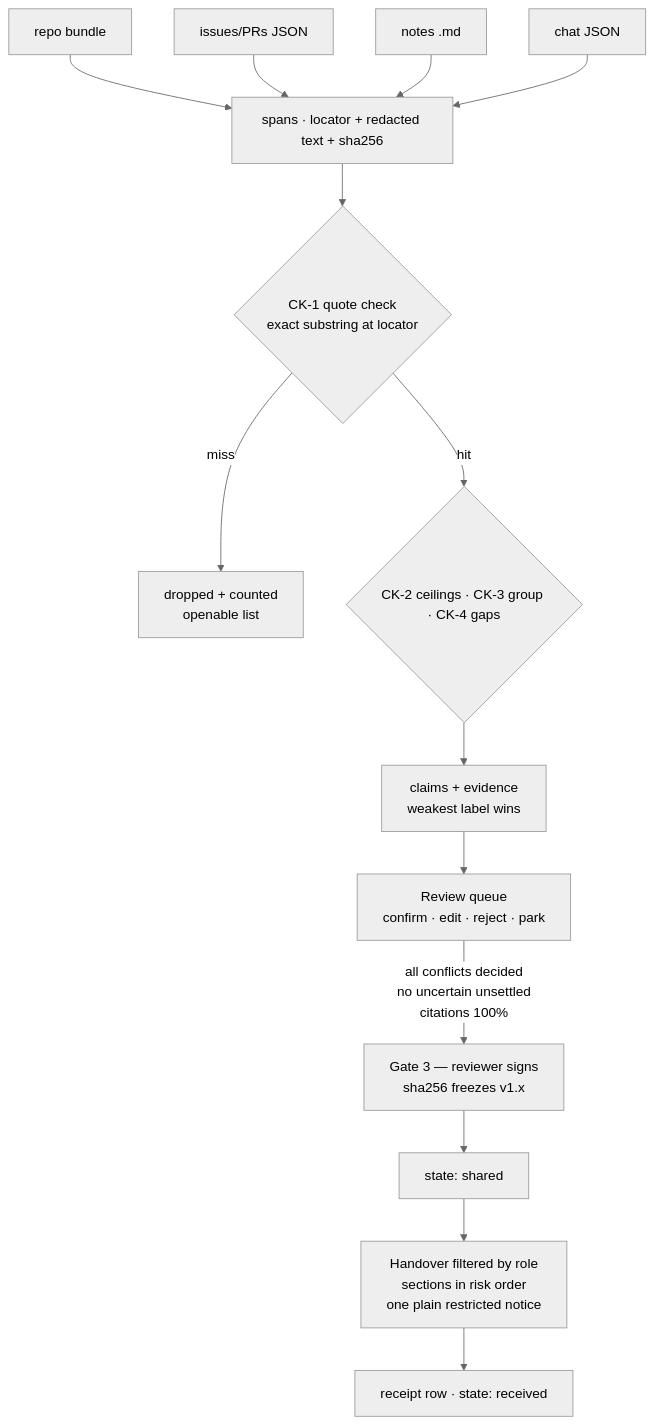
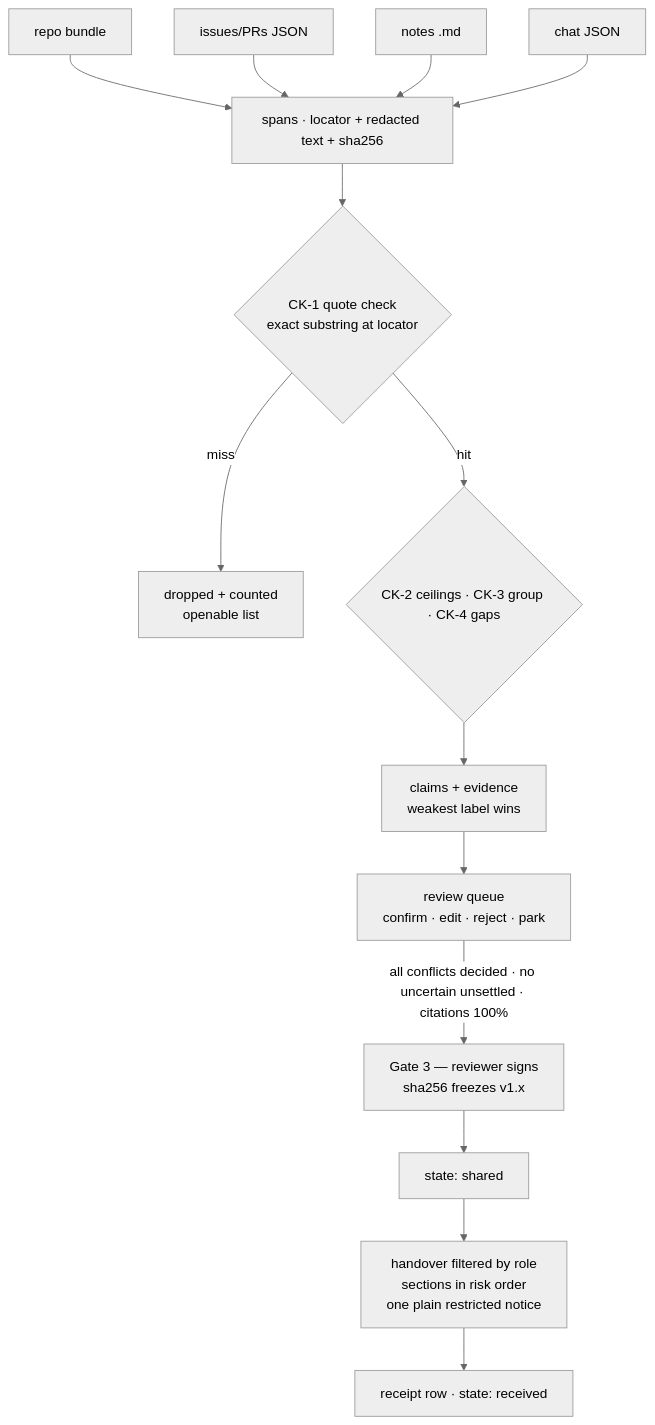
Before and after one commit to salvesanit/Tether: the fourth of 4 diagrams in docs/ARCHITECTURE.md, drawn with Mermaid (neutral theme). The commit also changed other lines of this file and 34 other files, not shown here.

````diff
--- a/docs/ARCHITECTURE.md
+++ b/docs/ARCHITECTURE.md
@@ -24,16 +112,16 @@
 ```mermaid
 flowchart TD
   S1[repo bundle] --> S[spans · locator + redacted text + sha256]
   S2[issues/PRs JSON] --> S
   S3[notes .md] --> S
   S4[chat JSON] --> S
   S --> Q{CK-1 quote check<br/>exact substring at locator}
   Q -- miss --> D[dropped + counted<br/>openable list]
   Q -- hit --> G{CK-2 ceilings · CK-3 group · CK-4 gaps}
   G --> CL[claims + evidence<br/>weakest label wins]
-  CL --> REV[Review queue<br/>confirm · edit · reject · park]
-  REV -->|all conflicts decided<br/>no uncertain unsettled<br/>citations 100%| SIGN[Gate 3 — reviewer signs<br/>sha256 freezes v1.x]
+  CL --> REV[review queue<br/>confirm · edit · reject · park]
+  REV -->|all conflicts decided · no uncertain unsettled · citations 100%| SIGN[Gate 3 — reviewer signs<br/>sha256 freezes v1.x]
   SIGN --> SHARE[state: shared]
-  SHARE --> HO[Handover filtered by role<br/>sections in risk order<br/>one plain restricted notice]
+  SHARE --> HO[handover filtered by role<br/>sections in risk order<br/>one plain restricted notice]
   HO --> RC[receipt row · state: received]
 ```
````
